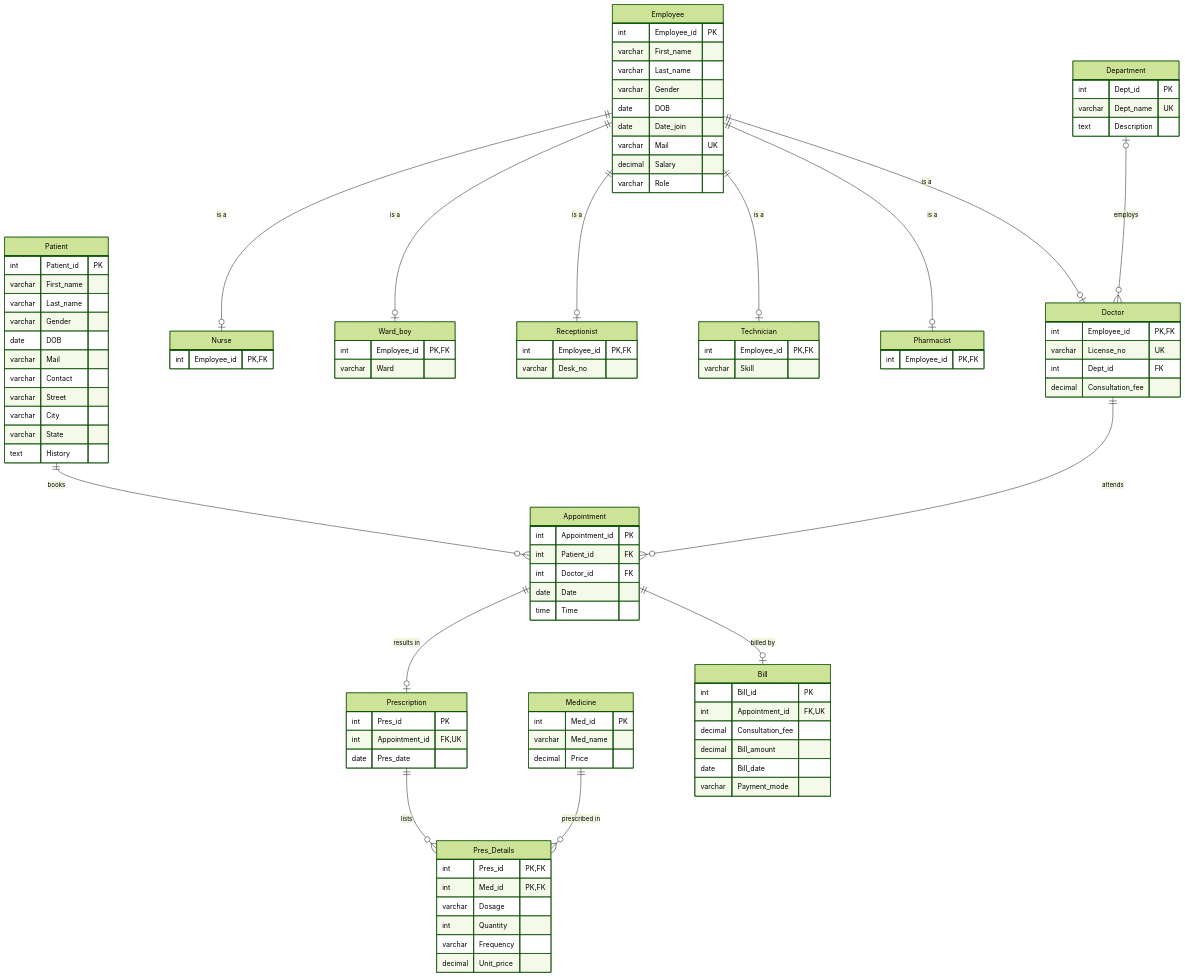
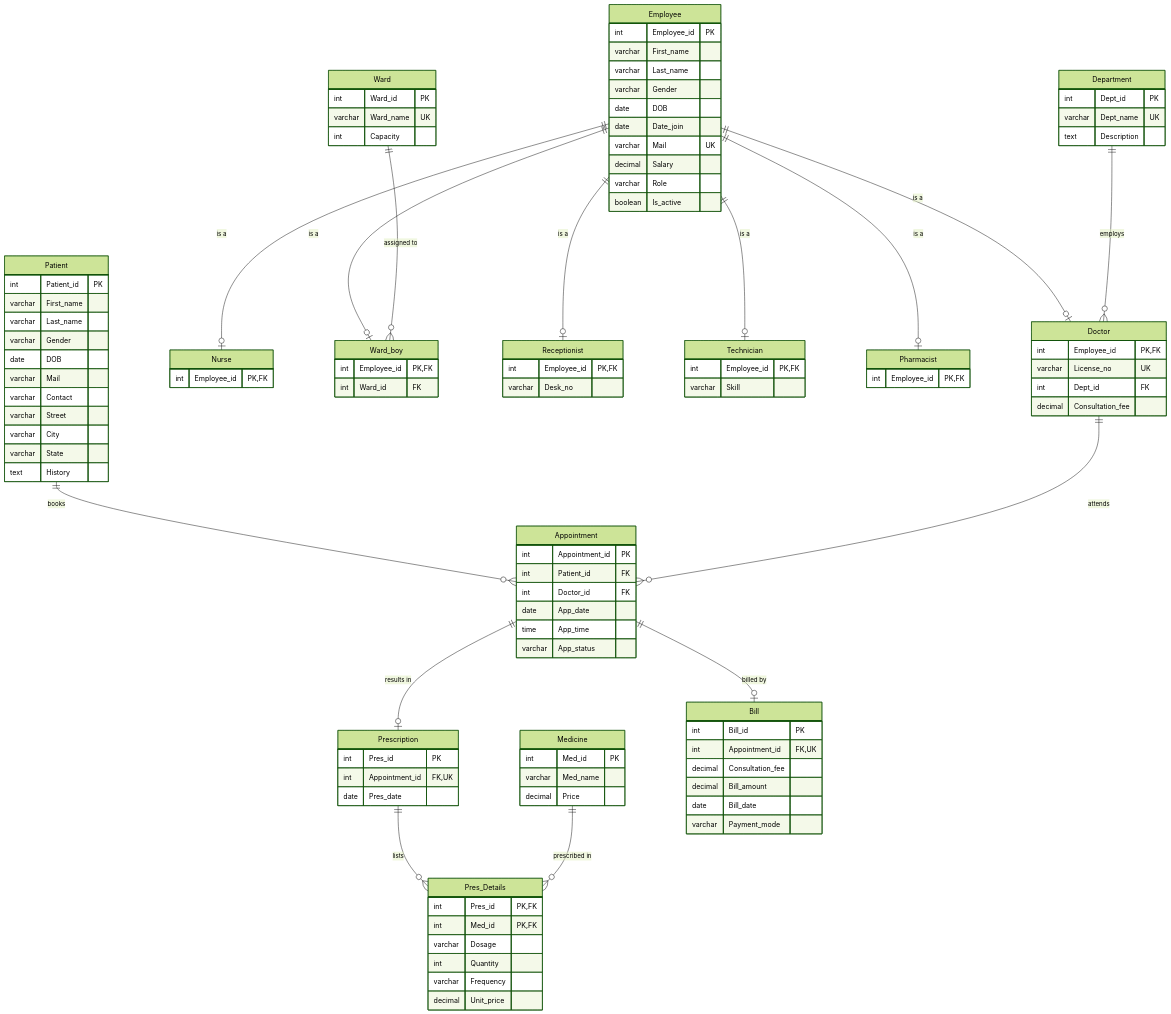
The diagram in docs/DATABASE.md (deepak13-ux/health-stack), drawn with Mermaid (forest theme) before and after one commit. The commit also changed other lines of this file and 2 other files, not shown here.

```diff
--- a/docs/DATABASE.md
+++ b/docs/DATABASE.md
@@ -112,7 +114,8 @@
     Employee ||--o| Receptionist : "is a"
     Employee ||--o| Technician : "is a"
     Employee ||--o| Pharmacist : "is a"
-    Department |o--o{ Doctor : employs
+    Department ||--o{ Doctor : employs
+    Ward ||--o{ Ward_boy : "assigned to"
     Patient ||--o{ Appointment : books
     Doctor ||--o{ Appointment : attends
     Appointment ||--o| Prescription : "results in"
@@ -135,6 +138,7 @@
         varchar Mail UK
         decimal Salary
         varchar Role
+        boolean Is_active
     }
     Doctor {
         int Employee_id PK,FK
@@ -145,9 +149,14 @@
     Nurse {
         int Employee_id PK,FK
     }
+    Ward {
+        int Ward_id PK
+        varchar Ward_name UK
+        int Capacity
+    }
     Ward_boy {
         int Employee_id PK,FK
-        varchar Ward
+        int Ward_id FK
     }
     Receptionist {
         int Employee_id PK,FK
@@ -177,8 +186,9 @@
         int Appointment_id PK
         int Patient_id FK
         int Doctor_id FK
-        date Date
-        time Time
+        date App_date
+        time App_time
+        varchar App_status
     }
     Prescription {
         int Pres_id PK
```
